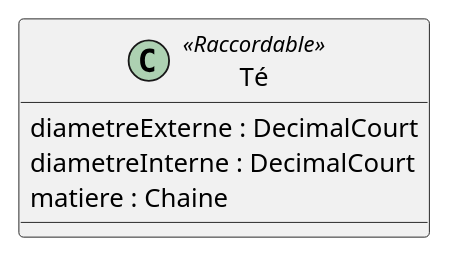
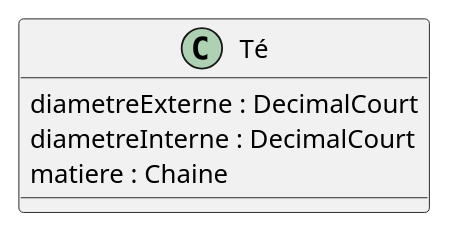
The diagram in src/class/include/te.iuml (beerfactory/brewbox-uml), drawn with PlantUML before and after one commit. The commit also changed 9 other files, not shown here.

```diff
--- a/src/class/include/te.iuml
+++ b/src/class/include/te.iuml
@@ -1,5 +1,5 @@
-class Té <<Raccordable>> {
+class Té {
     diametreExterne : DecimalCourt
     diametreInterne : DecimalCourt
     matiere : Chaine
 }
```
